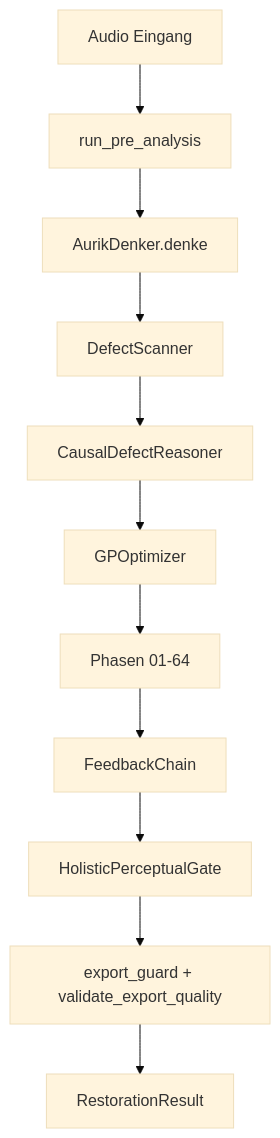
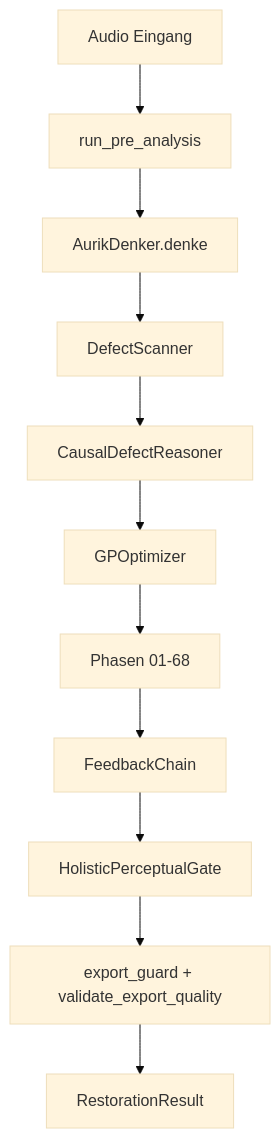
One commit to michaelarnold2307/Aurik_10.0.1 changed the diagram in docs/architecture/ARCHITECTURE.md. Above: the diagram before and after it, drawn with Mermaid (base theme). The commit also changed other lines of this file and 626 other files, not shown here.

````diff
--- a/docs/architecture/ARCHITECTURE.md
+++ b/docs/architecture/ARCHITECTURE.md
@@ -49,13 +49,13 @@
 ```mermaid
 flowchart TD
     IN[Audio Eingang] --> PRE[run_pre_analysis]
     PRE --> DENKER[AurikDenker.denke]
     DENKER --> DS[DefectScanner]
     DS --> CDR[CausalDefectReasoner]
     CDR --> GP[GPOptimizer]
-    GP --> PHASES[Phasen 01-64]
+    GP --> PHASES[Phasen 01-68]
     PHASES --> FC[FeedbackChain]
     FC --> HPG[HolisticPerceptualGate]
     HPG --> EX[export_guard + validate_export_quality]
     EX --> OUT[RestorationResult]
 ```
````
